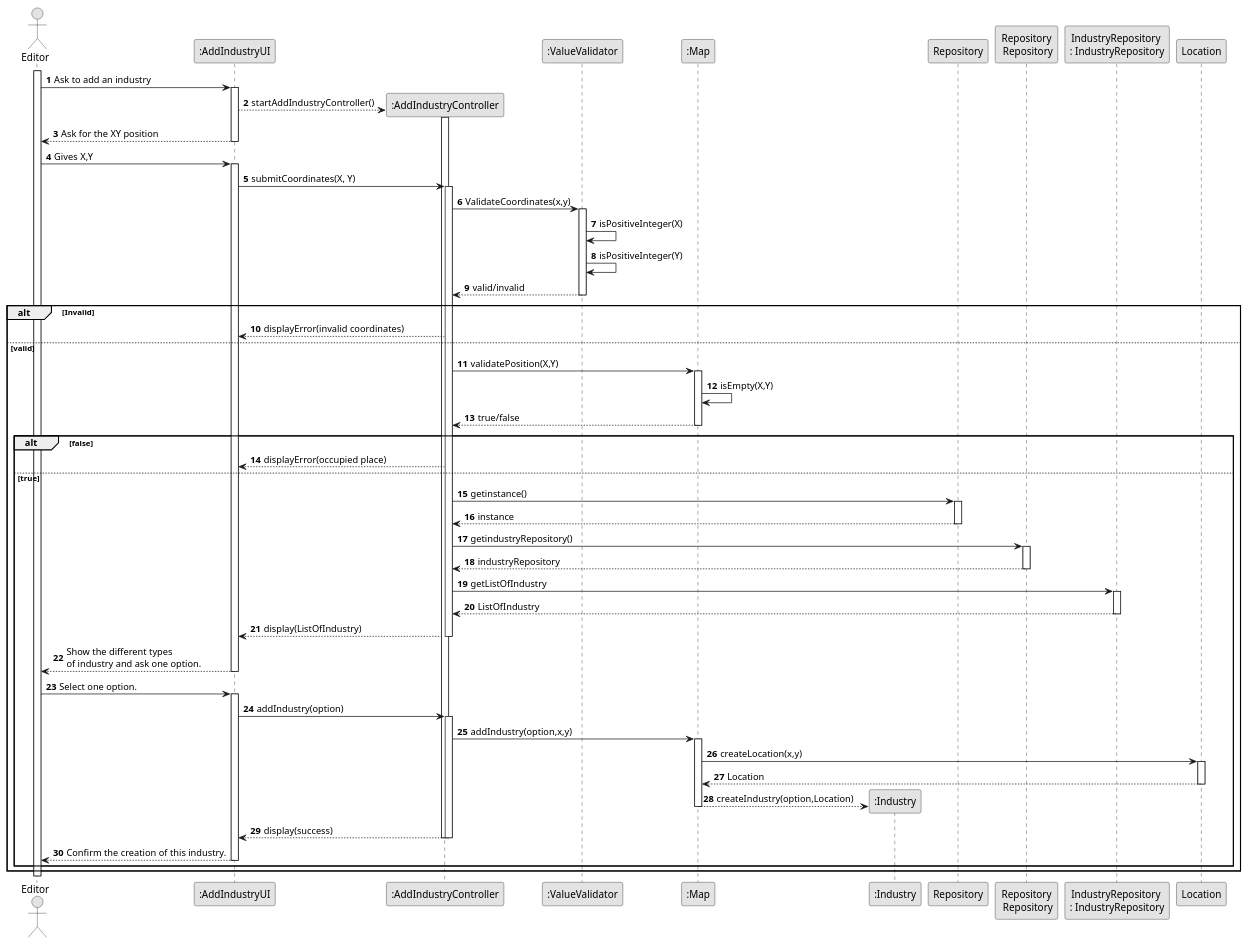
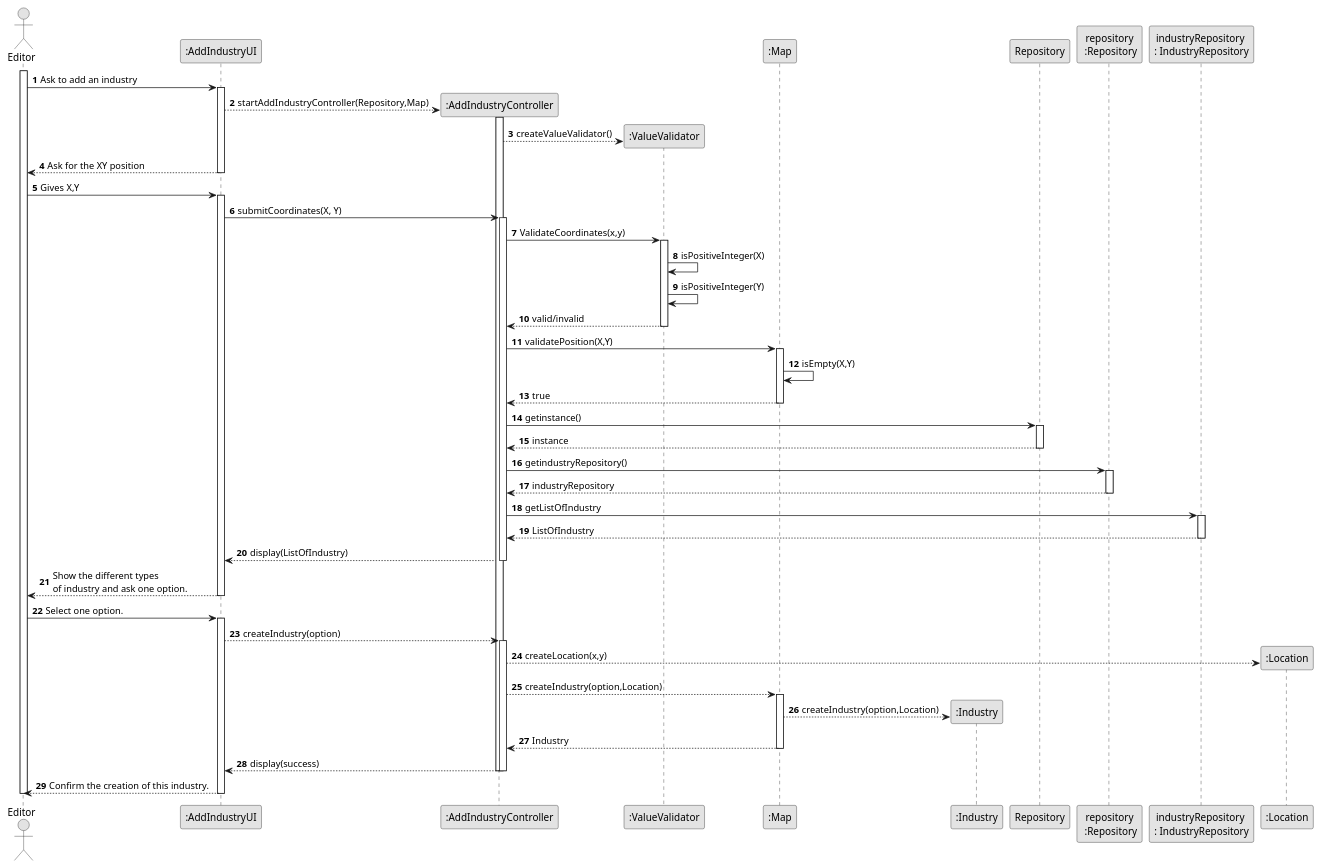
One commit to 1240826/empire-on-tracks changed the diagram in docs/system-documentation/US002/03.design/puml/US002-SD-full.puml. Above: the diagram before and after it, drawn with PlantUML.

```diff
--- a/docs/system-documentation/US002/03.design/puml/US002-SD-full.puml
+++ b/docs/system-documentation/US002/03.design/puml/US002-SD-full.puml
@@ -1,92 +1,89 @@
 @startuml
 skinparam monochrome true
 skinparam packageStyle rectangle
 skinparam shadowing false
 
 autonumber
 
 actor "Editor" as Editor
 participant ":AddIndustryUI" as UI
 participant ":AddIndustryController" as Controller
 participant ":ValueValidator" as Validator
 participant ":Map" as Map
 participant ":Industry" as Industry
 participant "Repository" as Rep
-participant "Repository\n Repository" as Repo
-participant "IndustryRepository \n: IndustryRepository" as Repository
+participant "repository\n :Repository" as Repo
+participant "industryRepository \n: IndustryRepository" as Repository
+participant ":Location" as Location
 
 activate Editor
 
 Editor -> UI : Ask to add an industry
 activate UI
-UI --> Controller**: startAddIndustryController()
+UI --> Controller**: startAddIndustryController(Repository,Map)
 activate Controller
+Controller-->Validator**:createValueValidator()
 
 
 UI --> Editor : Ask for the XY position
 deactivate UI
 
 Editor -> UI : Gives X,Y
 activate UI
 UI -> Controller : submitCoordinates(X, Y)
 
 activate Controller
 Controller->Validator:ValidateCoordinates(x,y)
 activate Validator
 Validator->Validator:isPositiveInteger(X)
 Validator->Validator:isPositiveInteger(Y)
 Validator-->Controller:valid/invalid
 deactivate Validator
-alt Invalid
-Controller-->UI: displayError(invalid coordinates)
-else valid
+
+
+
 Controller->Map:validatePosition(X,Y)
 activate Map
 Map->Map:isEmpty(X,Y)
-Map-->Controller:true/false
+Map-->Controller:true
 deactivate Map
-alt false
-Controller-->UI: displayError(occupied place)
-else true
 Controller->Rep:getinstance()
 activate Rep
 Rep-->Controller:instance
 deactivate Rep
 Controller ->Repo:getindustryRepository()
 activate Repo
 Repo-->Controller:industryRepository
 deactivate Repo
 Controller->Repository:getListOfIndustry
 activate Repository
 Repository-->Controller:ListOfIndustry
 deactivate Repository
 Controller-->UI: display(ListOfIndustry)
 deactivate Controller
 UI-->Editor:Show the different types \nof industry and ask one option.
 deactivate UI
 Editor->UI:Select one option.
 activate UI
-UI->Controller: addIndustry(option)
+UI-->Controller: createIndustry(option)
 activate Controller
-Controller->Map: addIndustry(option,x,y)
+Controller-->Location**:createLocation(x,y)
+Controller-->Map: createIndustry(option,Location)
 activate Map
-Map->Location:createLocation(x,y)
-activate Location
-Location-->Map:Location
-deactivate Location
 Map-->Industry**:createIndustry(option,Location)
+Map-->Controller:Industry
 deactivate Map
 
 Controller-->UI: display(success)
 deactivate Controller
 deactivate Controller
 UI-->Editor:Confirm the creation of this industry.
 deactivate UI
 
 
-end
-end
+
+
 
 
 deactivate Editor
 @enduml
```
